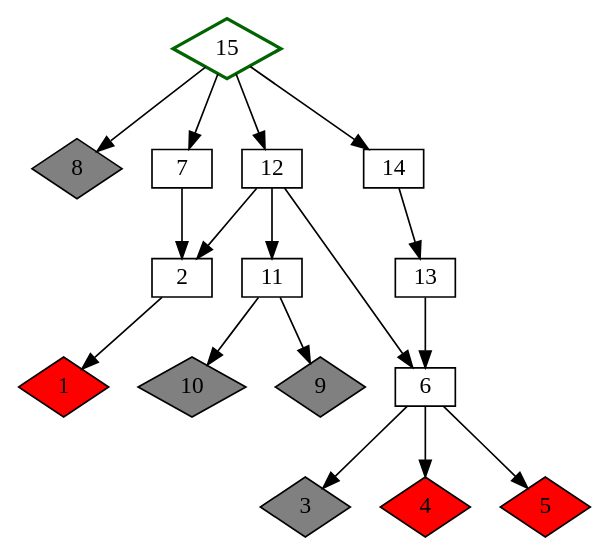
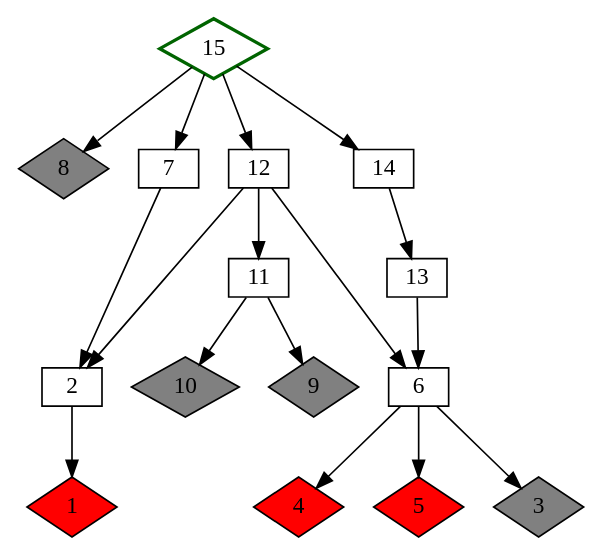
One commit to torniers/SRGroups changed the diagram in Digraphs/2_3.dot. Above: the diagram before and after it, drawn with Graphviz. The commit also changed 19 other files, not shown here.

Commit message:
more graph stuff

```diff
--- a/Digraphs/2_3.dot
+++ b/Digraphs/2_3.dot
@@ -1,26 +1,31 @@
 digraph G {
 	{
 	node [shape=diamond, style=bold]
 	15[color=darkgreen]
 	}
 	{
 	node [shape=diamond, style=filled]
 	1, 3, 4, 5, 8, 9, 10 [fillcolor=grey]
 	}
 	{
 	node [shape=box, width=0.5, height=0.3]
 	2, 6, 7, 11, 12, 13, 14
 	}
 	{
 	node [shape=diamond, style=filled]
 	1, 4, 5 [fillcolor=red]
 	}
 2 -> 1
 6 -> 3, 4, 5
 7 -> 2
 11 -> 9, 10
 12 -> 2, 6, 11
 13 -> 6
 14 -> 13
 15 -> 7, 8, 12, 14
+	{rank=same;1;3;4;5}
+	{rank=same;2;6;9;10}
+	{rank=same;7;8;12;14}
+	{rank=same;11;13}
+	{rank=same;15}
 }
```
